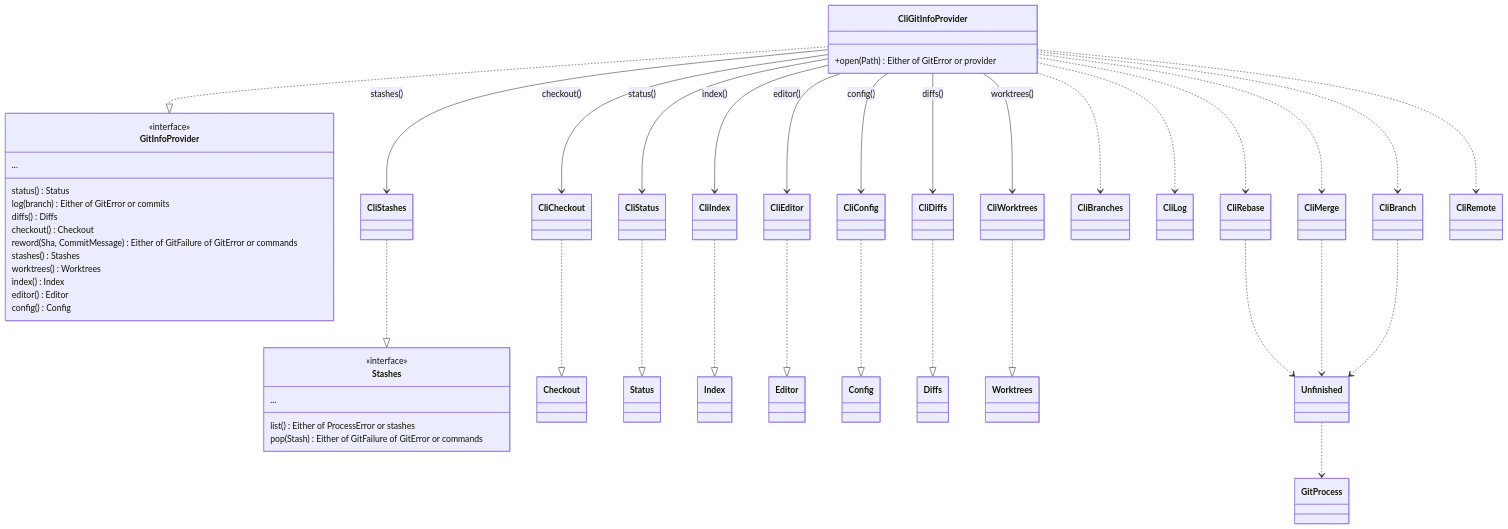
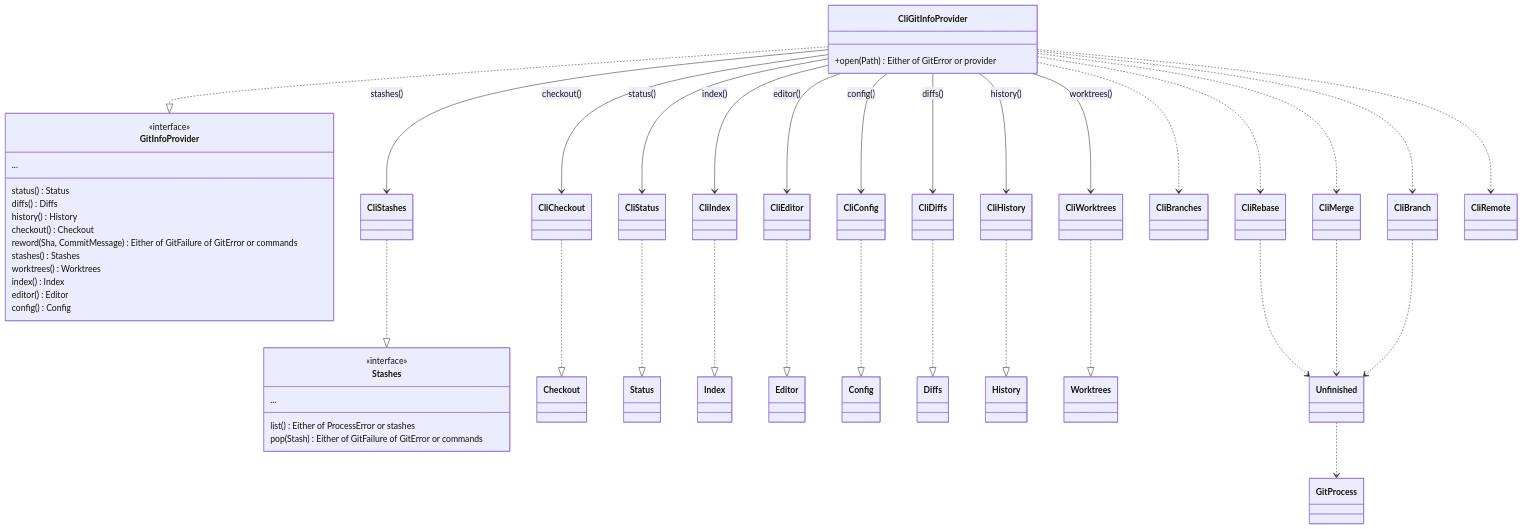
One commit to cvanfleteren/jazygit changed the fourth of 7 diagrams in ARCHITECTURE.md. Above: the diagram before and after it, drawn with Mermaid. The commit also changed other lines of this file and 22 other files, not shown here.

First line of the commit message:
The history is a role of its own: History, CliHistory, StubHistory (#294, 1a, 8/13)

````diff
--- a/ARCHITECTURE.md
+++ b/ARCHITECTURE.md
@@ -832,53 +832,54 @@
 ```mermaid
 classDiagram
     class GitInfoProvider {
         <<interface>>
         status() Status
-        log(branch) Either of GitError or commits
         diffs() Diffs
+        history() History
         checkout() Checkout
         reword(Sha, CommitMessage) Either of GitFailure of GitError or commands
         stashes() Stashes
         worktrees() Worktrees
         index() Index
         editor() Editor
         config() Config
         ...
     }
     class CliGitInfoProvider {
         +open(Path) Either of GitError or provider
     }
     class Stashes {
         <<interface>>
         list() Either of ProcessError or stashes
         pop(Stash) Either of GitFailure of GitError or commands
         ...
     }
     CliGitInfoProvider ..|> GitInfoProvider
     CliStashes ..|> Stashes
     CliCheckout ..|> Checkout
     CliStatus ..|> Status
     CliIndex ..|> Index
     CliEditor ..|> Editor
     CliConfig ..|> Config
     CliDiffs ..|> Diffs
+    CliHistory ..|> History
     CliGitInfoProvider --> CliEditor : editor()
     CliGitInfoProvider --> CliConfig : config()
     CliWorktrees ..|> Worktrees
     CliGitInfoProvider --> CliWorktrees : worktrees()
     CliGitInfoProvider --> CliStatus : status()
     CliGitInfoProvider ..> CliBranches
-    CliGitInfoProvider ..> CliLog
+    CliGitInfoProvider --> CliHistory : history()
     CliGitInfoProvider --> CliDiffs : diffs()
     CliGitInfoProvider --> CliCheckout : checkout()
     CliGitInfoProvider ..> CliBranch
     CliGitInfoProvider --> CliIndex : index()
     CliGitInfoProvider ..> CliMerge
     CliGitInfoProvider ..> CliRebase
     CliGitInfoProvider --> CliStashes : stashes()
     CliGitInfoProvider ..> CliRemote
     CliRebase ..> Unfinished
     CliMerge ..> Unfinished
     CliBranch ..> Unfinished
     Unfinished ..> GitProcess
 ```
````
